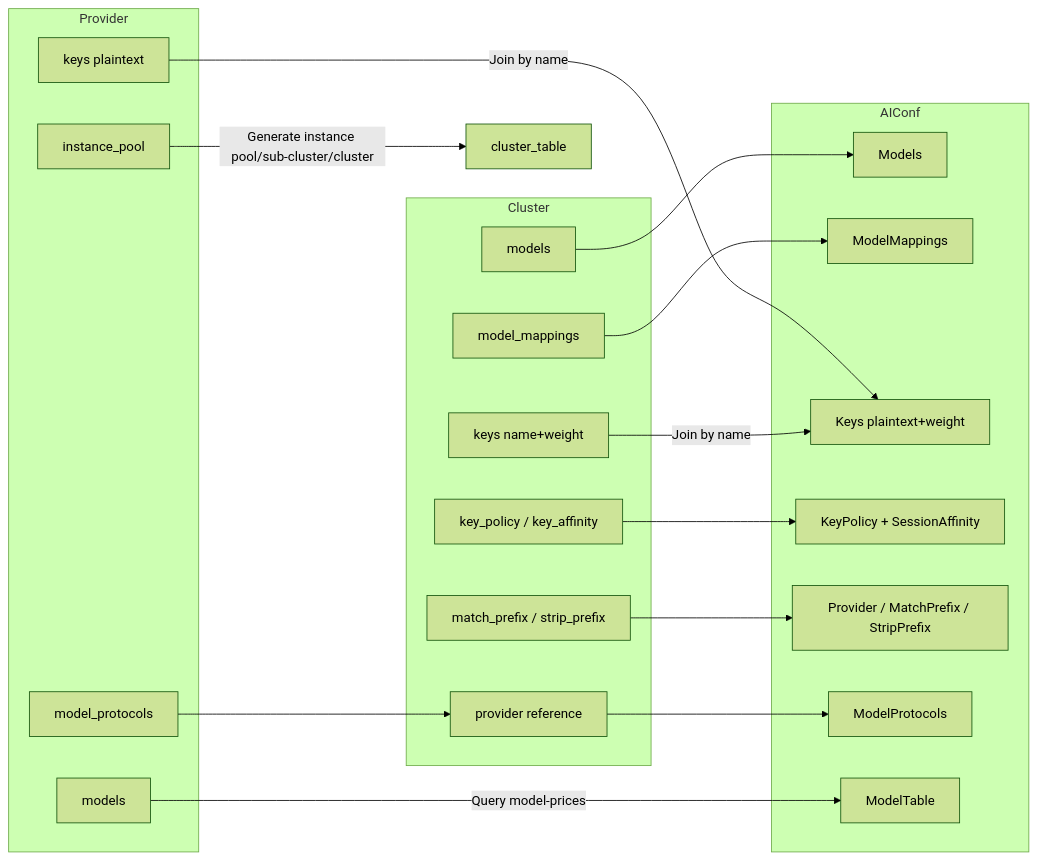
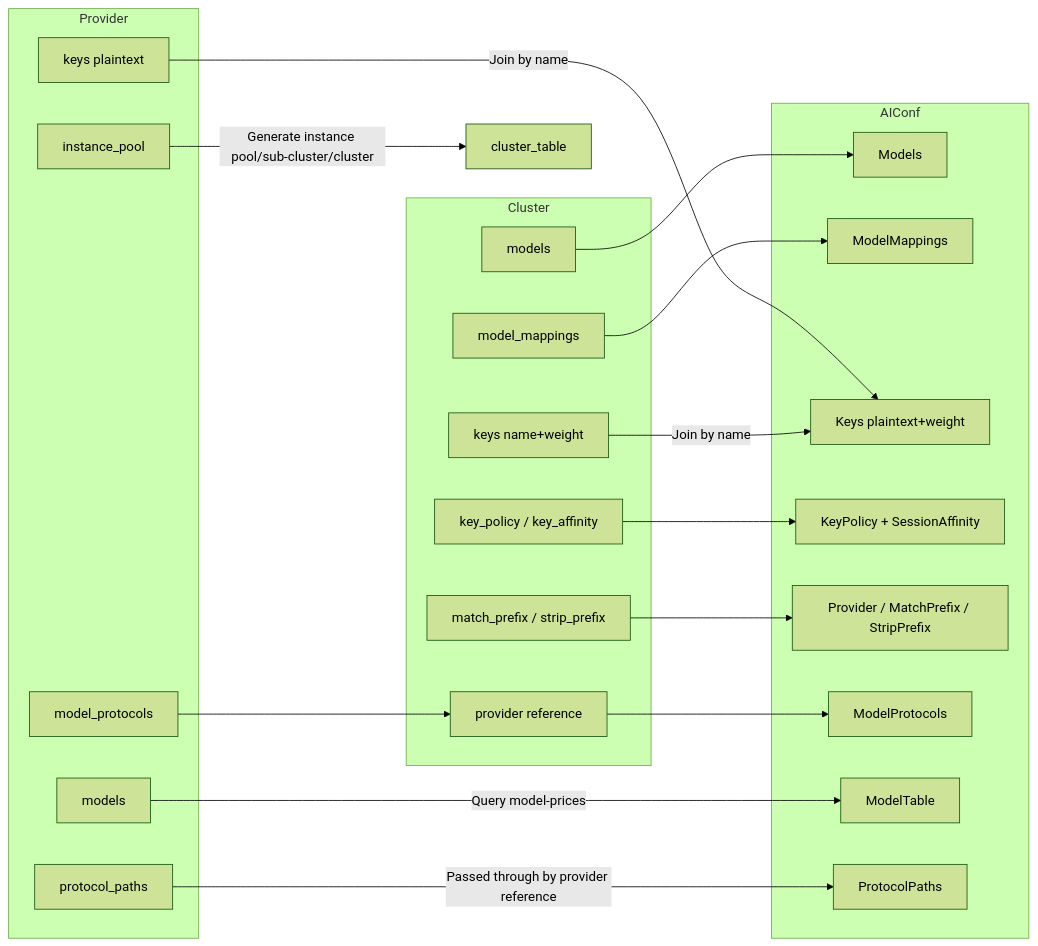
The second of 2 diagrams in en_us/design/chapter10-provider-and-cluster.md (mileszhang2016/rainway-book), drawn with Mermaid (forest theme) before and after one commit. The commit also changed other lines of this file and 11 other files, not shown here.

Commit message:
docs: 增加 protocol_paths 协议路径改写章节（中英双语）

````diff
--- a/en_us/design/chapter10-provider-and-cluster.md
+++ b/en_us/design/chapter10-provider-and-cluster.md
@@ -219,35 +221,38 @@
 ```mermaid
 flowchart LR
     subgraph Provider
         P1[instance_pool]
         P2[keys plaintext]
         P3[model_protocols]
         P4[models]
+        P5[protocol_paths]
     end
     subgraph Cluster
         C1[models]
         C2[model_mappings]
         C3[keys name+weight]
         C4[key_policy / key_affinity]
         C5[match_prefix / strip_prefix]
         C6[provider reference]
     end
     subgraph AIConf
         A1[Models]
         A2[ModelMappings]
         A3[Keys plaintext+weight]
         A4[KeyPolicy + SessionAffinity]
         A5[Provider / MatchPrefix / StripPrefix]
         A6[ModelProtocols]
         A7[ModelTable]
+        A8[ProtocolPaths]
     end
     P1 -->|Generate instance pool/sub-cluster/cluster| CT[cluster_table]
     P2 -->|Join by name| A3
     C3 -->|Join by name| A3
     P3 --> C6 --> A6
+    P5 -->|Passed through by provider reference| A8
     C1 --> A1
     C2 --> A2
     C4 --> A4
     C5 --> A5
     P4 -->|Query model-prices| A7
 ```
````
